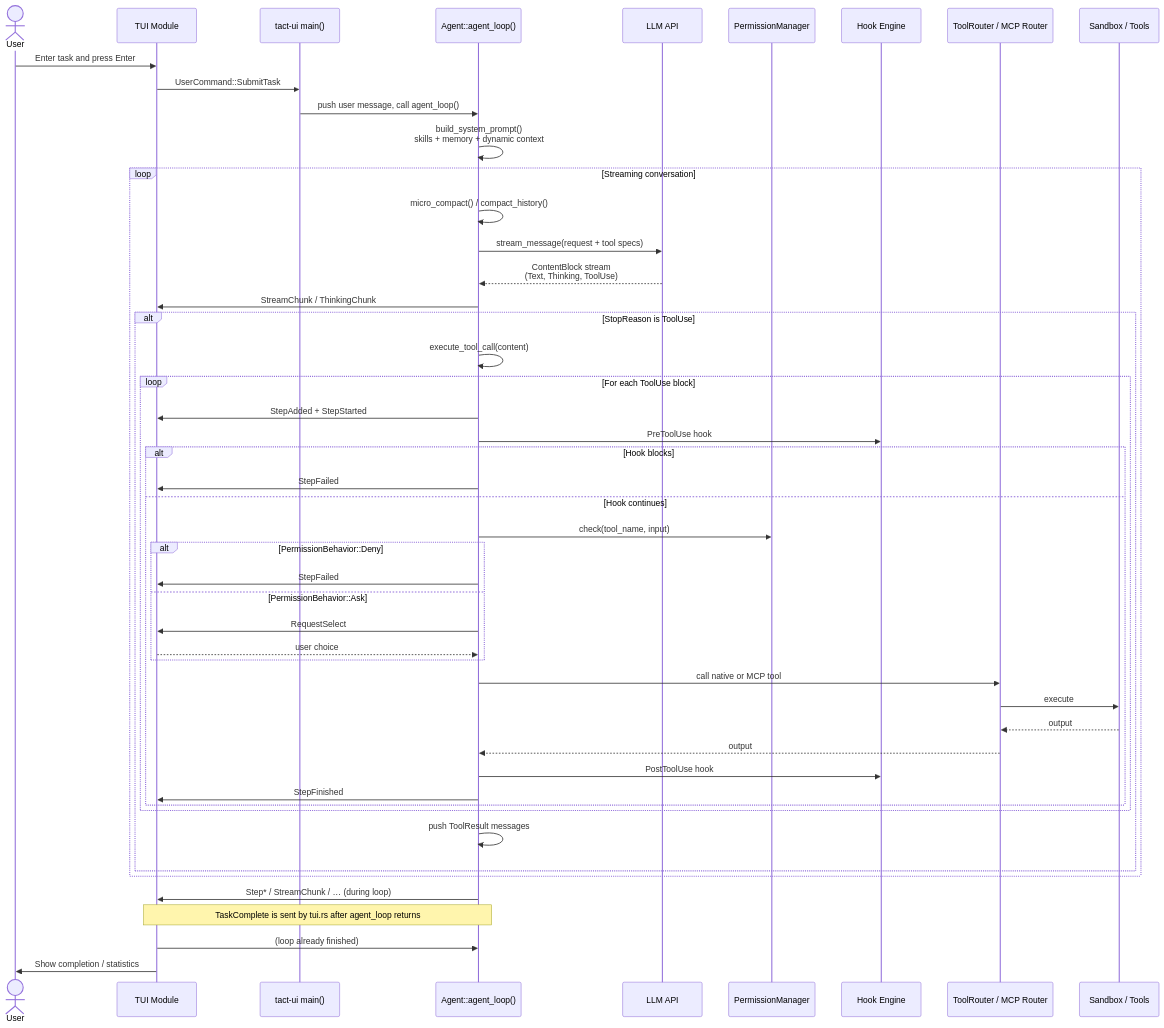
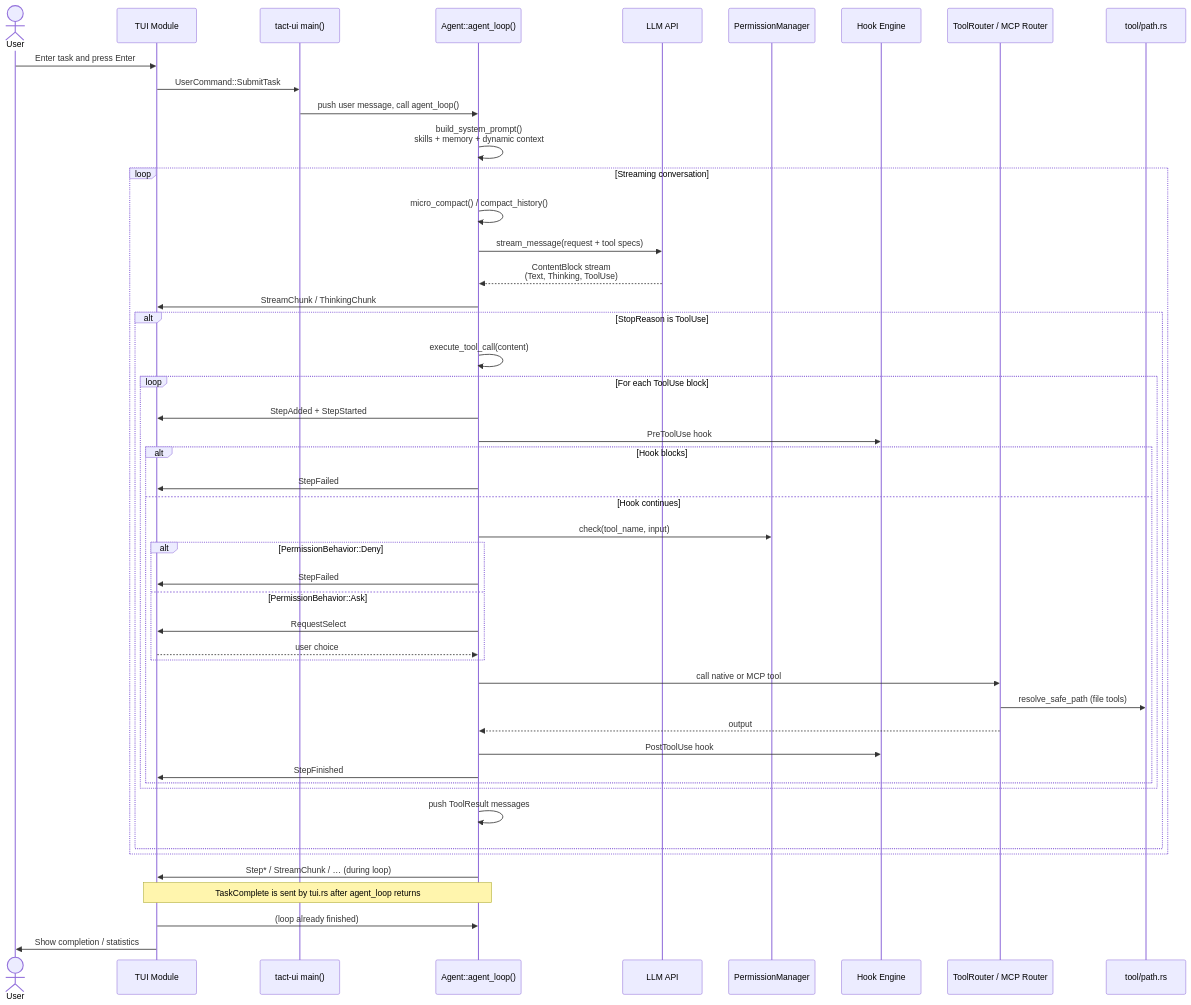
The third of 10 diagrams in ARCHITECTURE.md (rust-infra/tact), drawn with Mermaid before and after one commit. The commit also changed other lines of this file and 28 other files, not shown here.

First line of the commit message:
refactor: split lsp module, extract tool registry, drop unused tools crate

````diff
--- a/ARCHITECTURE.md
+++ b/ARCHITECTURE.md
@@ -158,55 +142,54 @@
 ```mermaid
 sequenceDiagram
     actor U as User
     participant TUI as TUI Module
     participant Main as tact-ui main()
     participant Agent as Agent::agent_loop()
     participant LLM as LLM API
     participant Perm as PermissionManager
     participant Hook as Hook Engine
     participant TR as ToolRouter / MCP Router
-    participant SB as Sandbox / Tools
+    participant PATH as tool/path.rs
 
     U ->> TUI: Enter task and press Enter
     TUI ->> Main: UserCommand::SubmitTask
     Main ->> Agent: push user message, call agent_loop()
     Agent ->> Agent: build_system_prompt()<br/>skills + memory + dynamic context
 
     loop Streaming conversation
         Agent ->> Agent: micro_compact() / compact_history()
         Agent ->> LLM: stream_message(request + tool specs)
         LLM -->> Agent: ContentBlock stream<br/>(Text, Thinking, ToolUse)
         Agent ->> TUI: StreamChunk / ThinkingChunk
 
         alt StopReason is ToolUse
             Agent ->> Agent: execute_tool_call(content)
             loop For each ToolUse block
                 Agent ->> TUI: StepAdded + StepStarted
                 Agent ->> Hook: PreToolUse hook
                 alt Hook blocks
                     Agent ->> TUI: StepFailed
                 else Hook continues
                     Agent ->> Perm: check(tool_name, input)
                     alt PermissionBehavior::Deny
                         Agent ->> TUI: StepFailed
                     else PermissionBehavior::Ask
                         Agent ->> TUI: RequestSelect
                         TUI -->> Agent: user choice
                     end
                     Agent ->> TR: call native or MCP tool
-                    TR ->> SB: execute
-                    SB -->> TR: output
+                    TR ->> PATH: resolve_safe_path (file tools)
                     TR -->> Agent: output
                     Agent ->> Hook: PostToolUse hook
                     Agent ->> TUI: StepFinished
                 end
             end
             Agent ->> Agent: push ToolResult messages
         end
     end
 
     Agent ->> TUI: Step* / StreamChunk / … (during loop)
     Note over Agent,TUI: TaskComplete is sent by tui.rs after agent_loop returns
     TUI ->> Agent: (loop already finished)
     TUI ->> U: Show completion / statistics
 ```
````
